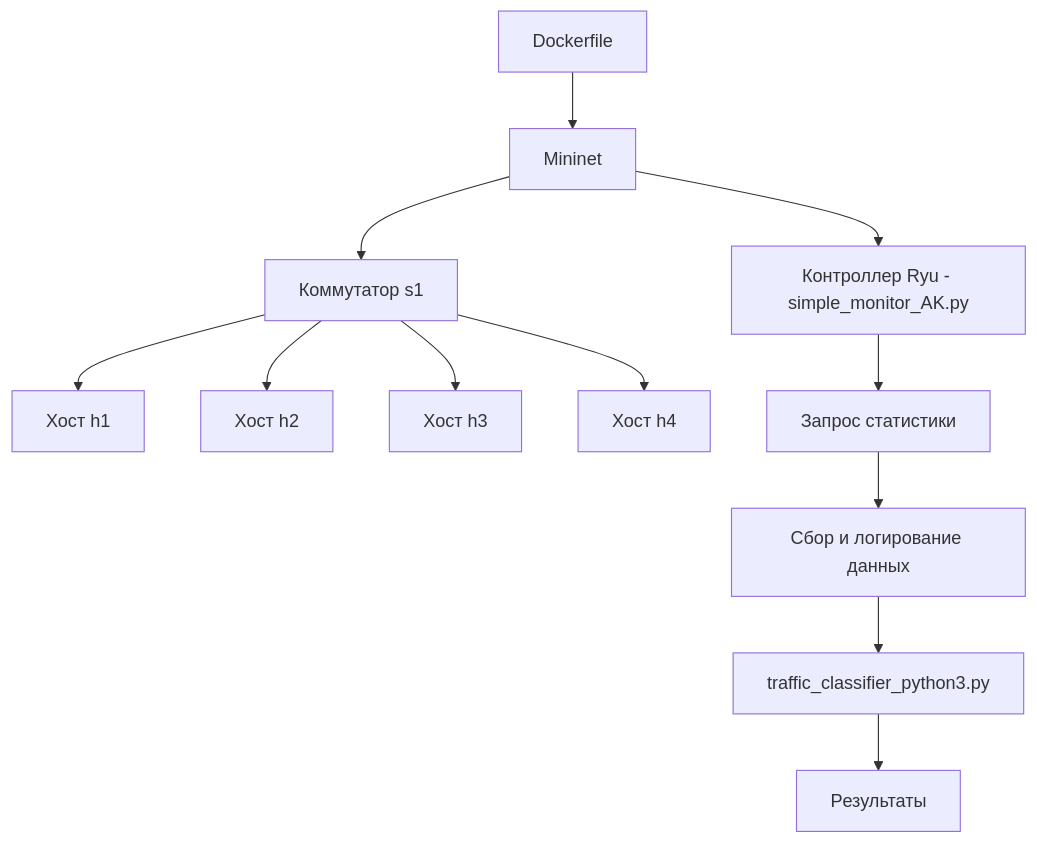
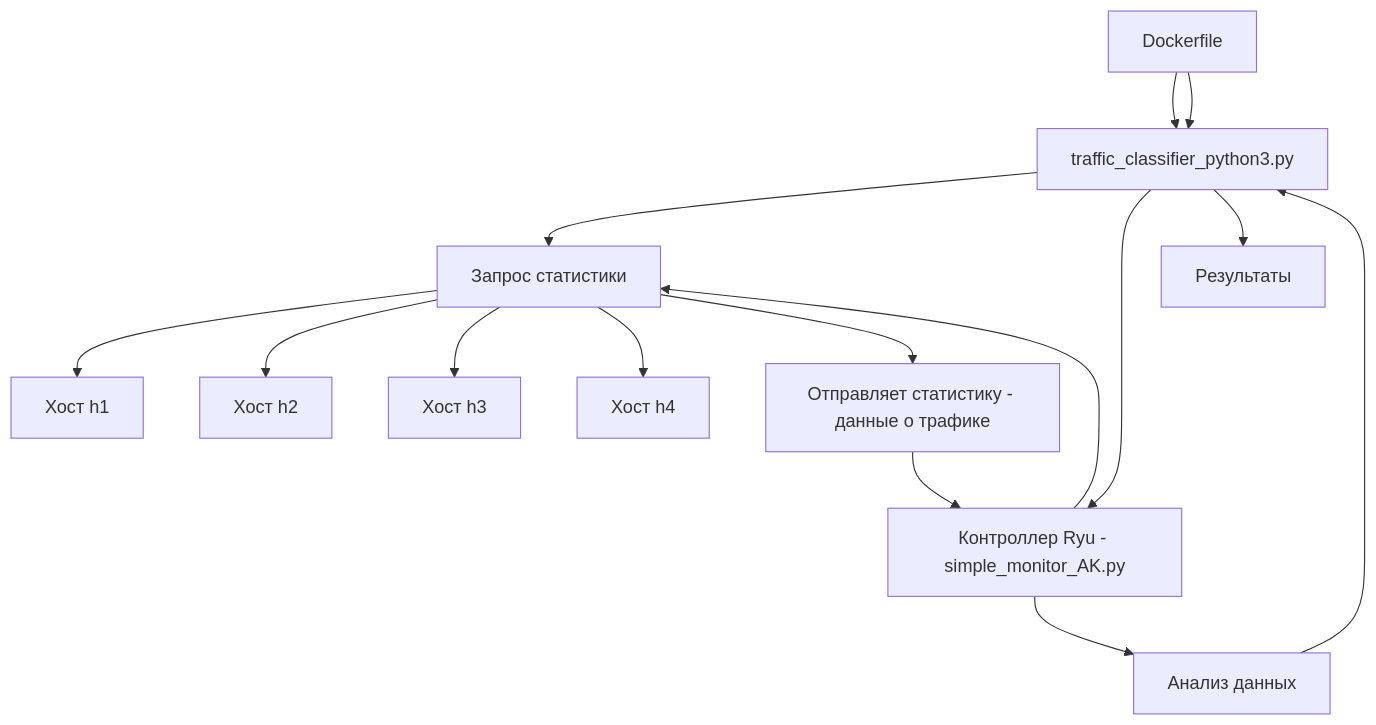
One commit to kartavu/Diplom changed the first of 2 diagrams in README.md. Above: the diagram before and after it, drawn with Mermaid.

````diff
--- a/README.md
+++ b/README.md
@@ -56,16 +56,18 @@
 ```mermaid
 graph TD
   A[Dockerfile] --> B[Mininet]
   B --> S1[Коммутатор s1]
   S1 --> H1[Хост h1]
   S1 --> H2[Хост h2]
   S1 --> H3[Хост h3]
   S1 --> H4[Хост h4]
 
+  A --> B[traffic_classifier_python3.py]
   B --> C[Контроллер Ryu - simple_monitor_AK.py]
-  C --> D[Запрос статистики]
-  D --> E[Сбор и логирование данных]
-
-  E --> F[traffic_classifier_python3.py]
-  F --> G[Pезультаты]
+  C --> S1[Запрос статистики]
+  S1 --> D[Отправляет статистику - данные о трафике]
+  D --> C
+  C --> E[Анализ данных]
+  E --> B
+  B --> F[Pезультаты]
 ```
````
